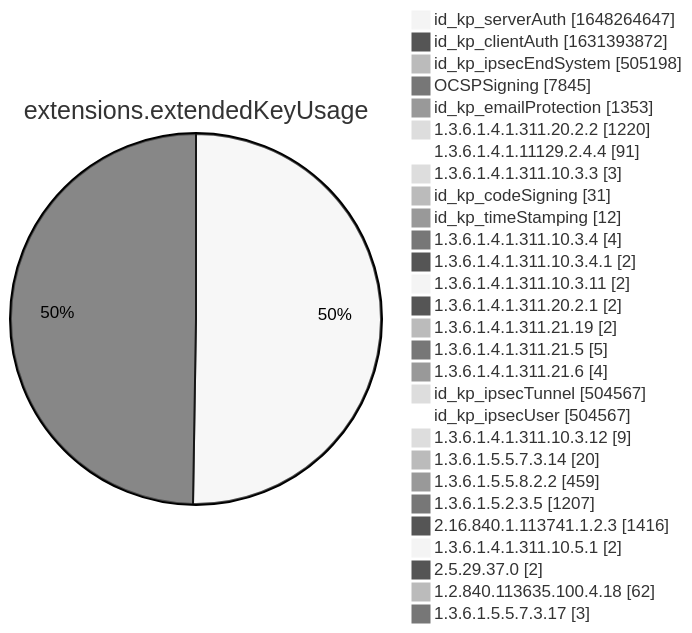
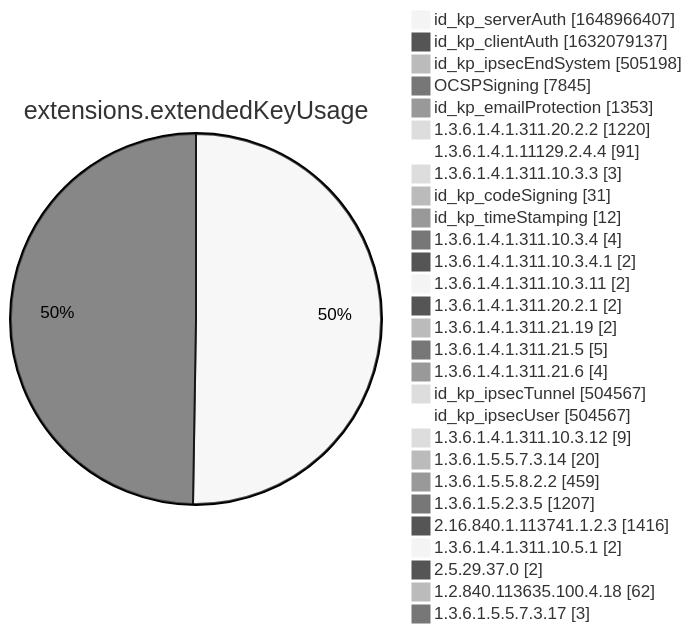
One commit to christiankrug/ctmonitor_visualization changed diagram 12 of 15 in xenon2022/README.md. Above: the diagram before and after it, drawn with Mermaid (neutral theme). The commit also changed other lines of this file, not shown here.

````diff
--- a/xenon2022/README.md
+++ b/xenon2022/README.md
@@ -3886,32 +3886,32 @@
 ```mermaid
 pie showData
 title extensions.extendedKeyUsage
-"id_kp_serverAuth" :1648264647
-"id_kp_clientAuth" :1631393872
+"id_kp_serverAuth" :1648966407
+"id_kp_clientAuth" :1632079137
 "id_kp_ipsecEndSystem" :505198
 "OCSPSigning" :7845
 "id_kp_emailProtection" :1353
 "1.3.6.1.4.1.311.20.2.2" :1220
 "1.3.6.1.4.1.11129.2.4.4" :91
 "1.3.6.1.4.1.311.10.3.3" :3
 "id_kp_codeSigning" :31
 "id_kp_timeStamping" :12
 "1.3.6.1.4.1.311.10.3.4" :4
 "1.3.6.1.4.1.311.10.3.4.1" :2
 "1.3.6.1.4.1.311.10.3.11" :2
 "1.3.6.1.4.1.311.20.2.1" :2
 "1.3.6.1.4.1.311.21.19" :2
 "1.3.6.1.4.1.311.21.5" :5
 "1.3.6.1.4.1.311.21.6" :4
 "id_kp_ipsecTunnel" :504567
 "id_kp_ipsecUser" :504567
 "1.3.6.1.4.1.311.10.3.12" :9
 "1.3.6.1.5.5.7.3.14" :20
 "1.3.6.1.5.5.8.2.2" :459
 "1.3.6.1.5.2.3.5" :1207
 "2.16.840.1.113741.1.2.3" :1416
 "1.3.6.1.4.1.311.10.5.1" :2
 "2.5.29.37.0" :2
 "1.2.840.113635.100.4.18" :62
 "1.3.6.1.5.5.7.3.17" :3
 ```
````
